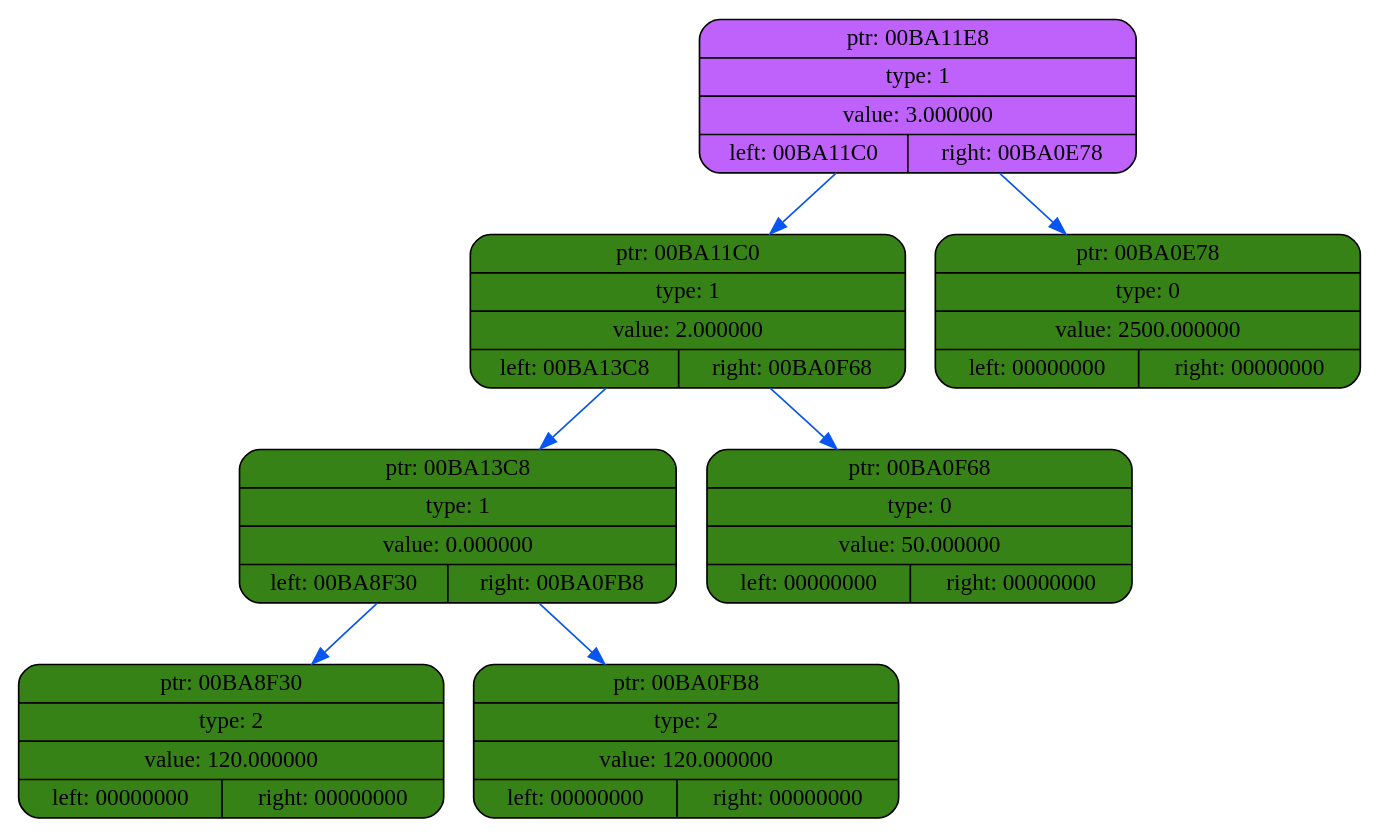
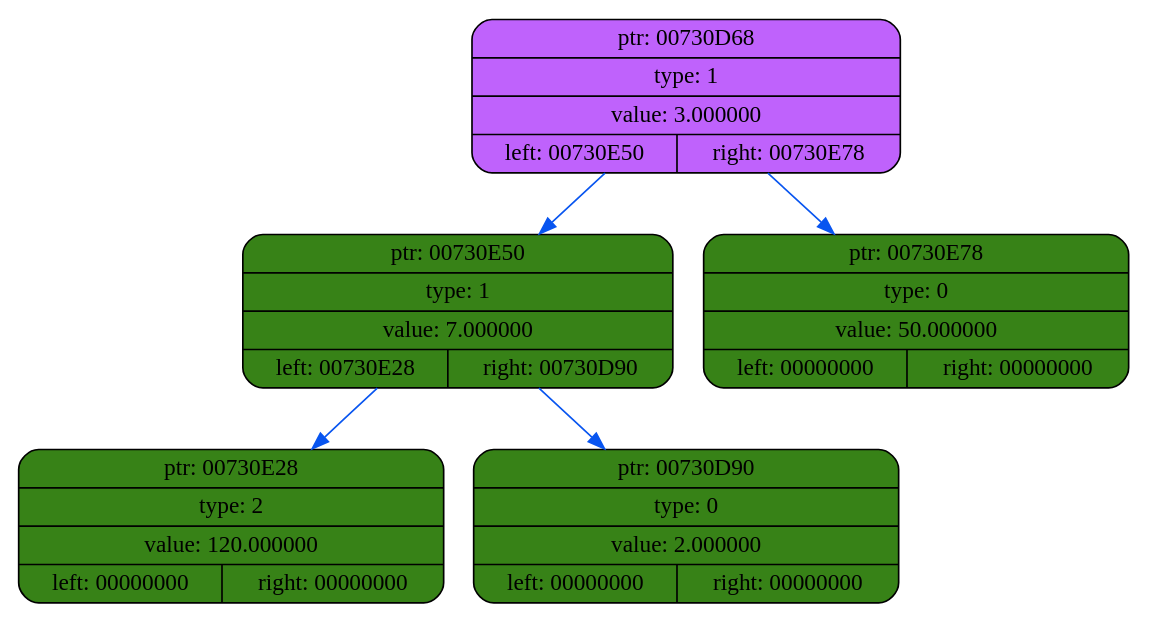
One commit to coffee8cat/differentiator changed the diagram in dump/dump5.dot. Above: the diagram before and after it, drawn with Graphviz. The commit also changed 23 other files, not shown here.

```diff
--- a/dump/dump5.dot
+++ b/dump/dump5.dot
@@ -1,18 +1,14 @@
 digraph
 {
     rankdir=TP
 
-        node00BA11E8[shape=record,style="rounded,filled",fillcolor="#BF62FC",label="{ ptr: 00BA11E8 | type: 1 | value: 3.000000| { left: 00BA11C0 | right: 00BA0E78 }}"];
-    node00BA11E8 -> node00BA11C0[color="#0855F0"]
-    node00BA11C0[shape=record,style="rounded,filled",fillcolor="#378217",label="{ ptr: 00BA11C0 | type: 1 | value: 2.000000| { left: 00BA13C8 | right: 00BA0F68 }}"];
-    node00BA11C0 -> node00BA13C8[color="#0855F0"]
-    node00BA13C8[shape=record,style="rounded,filled",fillcolor="#378217",label="{ ptr: 00BA13C8 | type: 1 | value: 0.000000| { left: 00BA8F30 | right: 00BA0FB8 }}"];
-    node00BA13C8 -> node00BA8F30[color="#0855F0"]
-    node00BA8F30[shape=record,style="rounded,filled",fillcolor="#378217",label="{ ptr: 00BA8F30 | type: 2 | value: 120.000000| { left: 00000000 | right: 00000000 }}"];
-    node00BA13C8 -> node00BA0FB8[color="#0855F0"]
-    node00BA0FB8[shape=record,style="rounded,filled",fillcolor="#378217",label="{ ptr: 00BA0FB8 | type: 2 | value: 120.000000| { left: 00000000 | right: 00000000 }}"];
-    node00BA11C0 -> node00BA0F68[color="#0855F0"]
-    node00BA0F68[shape=record,style="rounded,filled",fillcolor="#378217",label="{ ptr: 00BA0F68 | type: 0 | value: 50.000000| { left: 00000000 | right: 00000000 }}"];
-    node00BA11E8 -> node00BA0E78[color="#0855F0"]
-    node00BA0E78[shape=record,style="rounded,filled",fillcolor="#378217",label="{ ptr: 00BA0E78 | type: 0 | value: 2500.000000| { left: 00000000 | right: 00000000 }}"];
+        node00730D68[shape=record,style="rounded,filled",fillcolor="#BF62FC",label="{ ptr: 00730D68 | type: 1 | value: 3.000000| { left: 00730E50 | right: 00730E78 }}"];
+    node00730D68 -> node00730E50[color="#0855F0"]
+    node00730E50[shape=record,style="rounded,filled",fillcolor="#378217",label="{ ptr: 00730E50 | type: 1 | value: 7.000000| { left: 00730E28 | right: 00730D90 }}"];
+    node00730E50 -> node00730E28[color="#0855F0"]
+    node00730E28[shape=record,style="rounded,filled",fillcolor="#378217",label="{ ptr: 00730E28 | type: 2 | value: 120.000000| { left: 00000000 | right: 00000000 }}"];
+    node00730E50 -> node00730D90[color="#0855F0"]
+    node00730D90[shape=record,style="rounded,filled",fillcolor="#378217",label="{ ptr: 00730D90 | type: 0 | value: 2.000000| { left: 00000000 | right: 00000000 }}"];
+    node00730D68 -> node00730E78[color="#0855F0"]
+    node00730E78[shape=record,style="rounded,filled",fillcolor="#378217",label="{ ptr: 00730E78 | type: 0 | value: 50.000000| { left: 00000000 | right: 00000000 }}"];
 }
```
